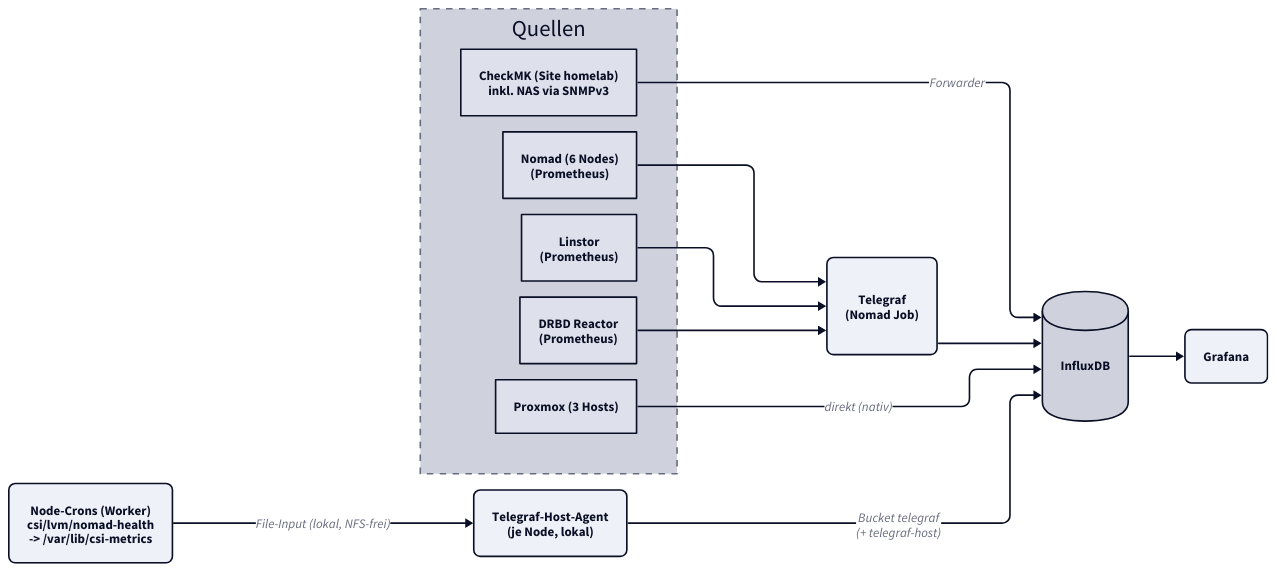
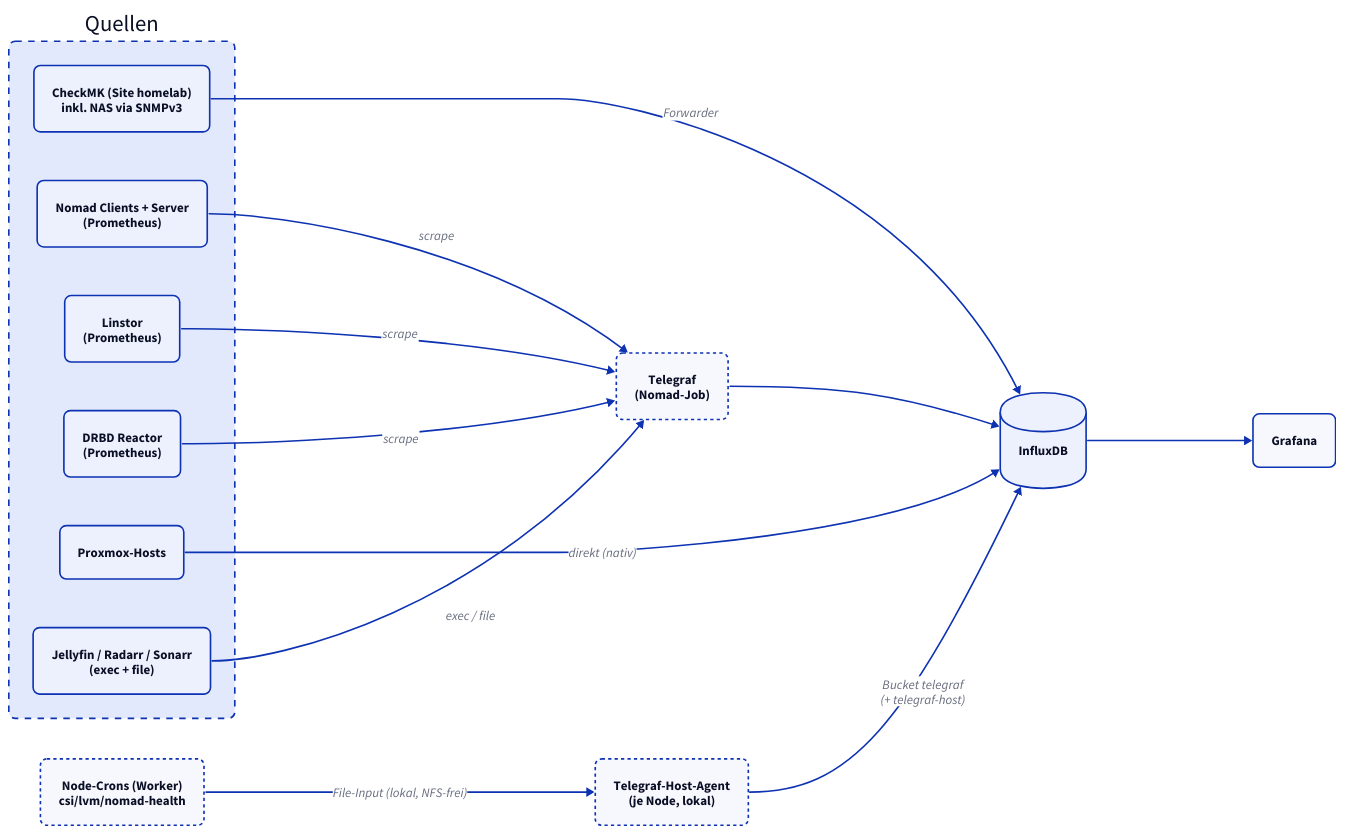
Before and after one commit to derever-labs/homelab-wiki: the diagram in docs/monitoring/influxdb.md, drawn with D2. The commit also changed 8 other files, not shown here.

````diff
--- a/docs/monitoring/influxdb.md
+++ b/docs/monitoring/influxdb.md
@@ -27,36 +27,38 @@
 ```d2
-vars: {
-  d2-config: {
-    theme-id: 1
-    layout-engine: elk
-  }
+direction: right
+
+classes: {
+  svc: { style: { border-radius: 8 } }
+  agent: { style: { border-radius: 8; stroke-dash: 2 } }
+  container: { style: { border-radius: 8; stroke-dash: 4 } }
+  db: { shape: cylinder }
 }
 
-direction: right
-
-Sources: Quellen {
-  style.stroke-dash: 4
-  CheckMK: "CheckMK (Site homelab)\ninkl. NAS via SNMPv3"
-  Nomad: "Nomad (6 Nodes)\n(Prometheus)"
-  Linstor: "Linstor\n(Prometheus)"
-  DRBD: "DRBD Reactor\n(Prometheus)"
-  Proxmox: "Proxmox (3 Hosts)"
+sources: Quellen {
+  class: container
+  checkmk: "CheckMK (Site homelab)\ninkl. NAS via SNMPv3" { class: svc }
+  nomad: "Nomad Clients + Server\n(Prometheus)" { class: svc }
+  linstor: "Linstor\n(Prometheus)" { class: svc }
+  drbd: "DRBD Reactor\n(Prometheus)" { class: svc }
+  proxmox: Proxmox-Hosts { class: svc }
+  media: "Jellyfin / Radarr / Sonarr\n(exec + file)" { class: svc }
 }
 
-NodeCron: "Node-Crons (Worker)\ncsi/lvm/nomad-health\n-> /var/lib/csi-metrics" { style.border-radius: 8 }
-TELHOST: "Telegraf-Host-Agent\n(je Node, lokal)" { style.border-radius: 8 }
-TEL: "Telegraf\n(Nomad Job)" { style.border-radius: 8 }
-INFLUX: "InfluxDB" { shape: cylinder }
-GRAF: Grafana { style.border-radius: 8 }
+nodecron: "Node-Crons (Worker)\ncsi/lvm/nomad-health" { class: agent }
+telhost: "Telegraf-Host-Agent\n(je Node, lokal)" { class: agent }
+tel: "Telegraf\n(Nomad-Job)" { class: agent }
+influx: InfluxDB { class: db }
+graf: Grafana { class: svc }
 
-Sources.Nomad -> TEL
-Sources.Linstor -> TEL
-Sources.DRBD -> TEL
-Sources.CheckMK -> INFLUX: Forwarder
-Sources.Proxmox -> INFLUX: direkt (nativ)
+sources.nomad -> tel: scrape
+sources.linstor -> tel: scrape
+sources.drbd -> tel: scrape
+sources.media -> tel: exec / file
+sources.checkmk -> influx: Forwarder
+sources.proxmox -> influx: direkt (nativ)
 
-NodeCron -> TELHOST: File-Input (lokal, NFS-frei)
-TELHOST -> INFLUX: "Bucket telegraf\n(+ telegraf-host)"
-TEL -> INFLUX
-INFLUX -> GRAF
+nodecron -> telhost: File-Input (lokal, NFS-frei)
+telhost -> influx: "Bucket telegraf\n(+ telegraf-host)"
+tel -> influx
+influx -> graf
 ```
````
